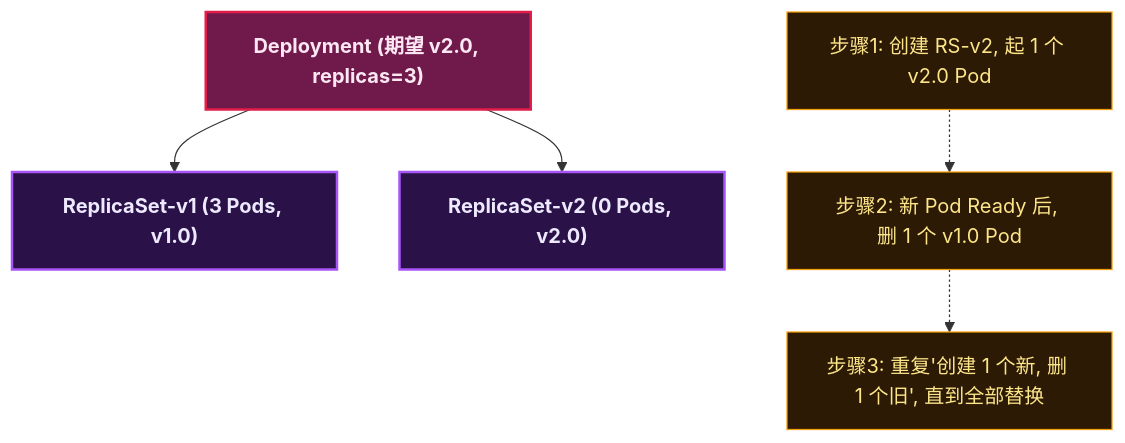
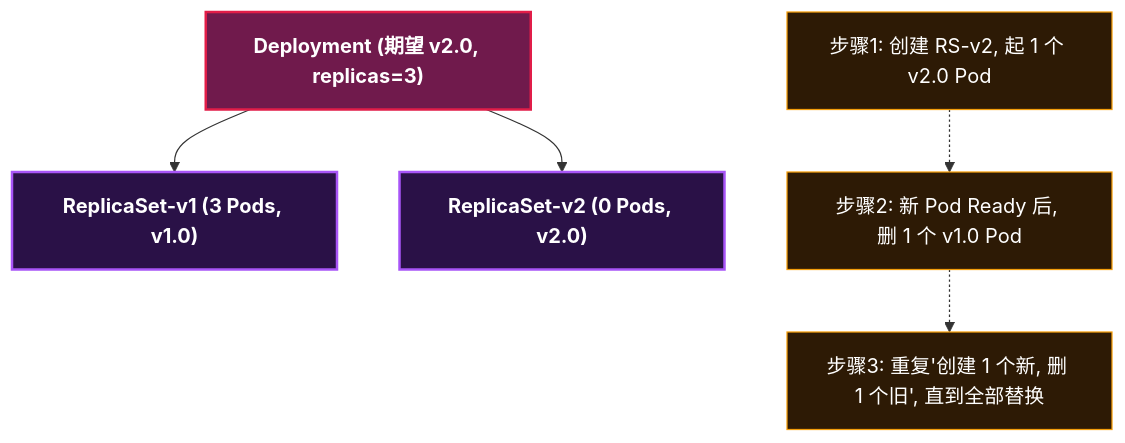
The fifth of 7 diagrams in content/posts/kubernetes/K8sFoundationConcepts.md (yaocat55/yaocat55.github.io), drawn with Mermaid before and after one commit. The commit also changed other lines of this file and 27 other files, not shown here.

Commit message:
docs: 全系列 93 张 Mermaid 图 classDef 改为 style 强制深底白字(修复部分渲染器白底浅字)+历史文件格式清理

````diff
--- a/content/posts/kubernetes/K8sFoundationConcepts.md
+++ b/content/posts/kubernetes/K8sFoundationConcepts.md
@@ -433,25 +414,22 @@
 ```mermaid
 flowchart TD
   D["Deployment (期望 v2.0, replicas=3)"]
   RS_OLD["ReplicaSet-v1 (3 Pods, v1.0)"]
   RS_NEW["ReplicaSet-v2 (0 Pods, v2.0)"]
 
   D --> RS_OLD
   D --> RS_NEW
 
   S1["步骤1: 创建 RS-v2, 起 1 个 v2.0 Pod"]
   S2["步骤2: 新 Pod Ready 后, 删 1 个 v1.0 Pod"]
   S3["步骤3: 重复'创建 1 个新, 删 1 个旧', 直到全部替换"]
 
   S1 -.-> S2
   S2 -.-> S3
-
-classDef deploy fill:#701a4c,stroke:#e11d48,stroke-width:2px,color:#fce7f3,font-weight:bold;
-  class D deploy
-
-classDef rs fill:#2a1147,stroke:#a855f7,stroke-width:2px,color:#ede9fe,font-weight:bold;
-  class RS_OLD,RS_NEW rs
-
-classDef step fill:#2d1a05,stroke:#f59e0b,stroke-width:1px,color:#fde68a;
-  class S1,S2,S3 step
+    style D fill:#701a4c,stroke:#e11d48,stroke-width:2px,color:#ffffff,font-weight:bold
+    style RS_OLD fill:#2a1147,stroke:#a855f7,stroke-width:2px,color:#ffffff,font-weight:bold
+    style RS_NEW fill:#2a1147,stroke:#a855f7,stroke-width:2px,color:#ffffff,font-weight:bold
+    style S1 fill:#2d1a05,stroke:#f59e0b,stroke-width:1px,color:#ffffff
+    style S2 fill:#2d1a05,stroke:#f59e0b,stroke-width:1px,color:#ffffff
+    style S3 fill:#2d1a05,stroke:#f59e0b,stroke-width:1px,color:#ffffff
 ```
````
